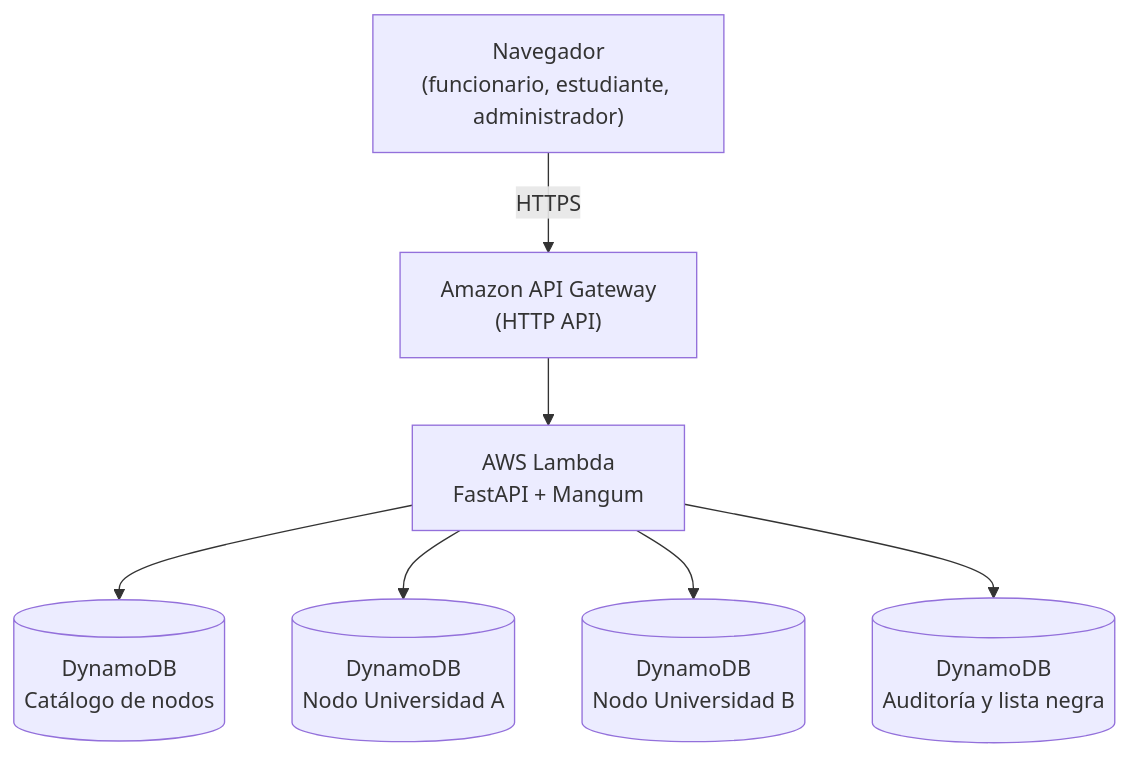
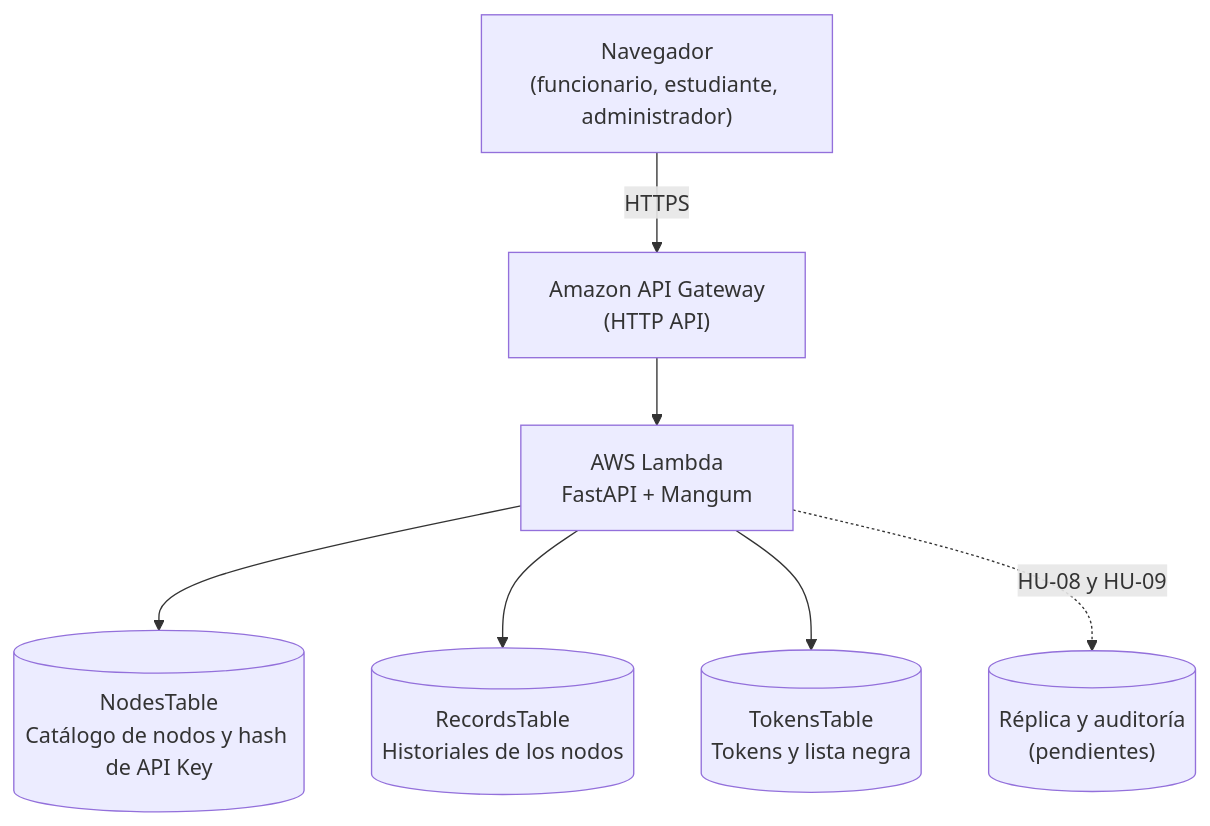
Before and after one commit to BrayanBMC/RFHA-IES_SD_TGS: the diagram in README.md, drawn with Mermaid. The commit also changed other lines of this file and 30 other files, not shown here.

Commit message:
feat(hu-02..05): aprobar nodo, sincronizar historiales, token del estudiante y revocacion; docs de la app final y de la demo con direcciones de AWS

````diff
--- a/README.md
+++ b/README.md
@@ -158,9 +175,9 @@
 ```mermaid
 flowchart TD
     UI["Navegador<br/>(funcionario, estudiante, administrador)"] -->|HTTPS| APIGW["Amazon API Gateway<br/>(HTTP API)"]
     APIGW --> L["AWS Lambda<br/>FastAPI + Mangum"]
-    L --> CAT[("DynamoDB<br/>Catálogo de nodos")]
-    L --> N1[("DynamoDB<br/>Nodo Universidad A")]
-    L --> N2[("DynamoDB<br/>Nodo Universidad B")]
-    L --> AUD[("DynamoDB<br/>Auditoría y lista negra")]
+    L --> CAT[("NodesTable<br/>Catálogo de nodos y hash de API Key")]
+    L --> REC[("RecordsTable<br/>Historiales de los nodos")]
+    L --> TOK[("TokensTable<br/>Tokens y lista negra")]
+    L -.->|HU-08 y HU-09| AUD[("Réplica y auditoría<br/>(pendientes)")]
 ```
````
